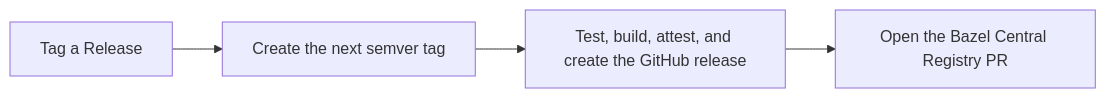
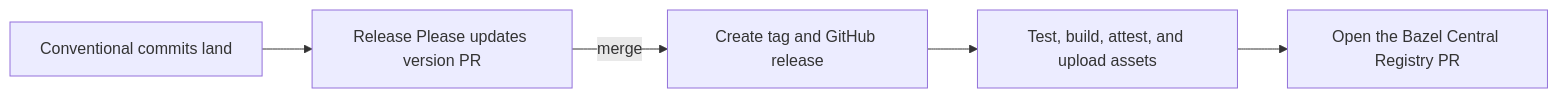
The diagram in docs/releasing.md (formatjs/rules_formatjs), drawn with Mermaid before and after one commit. The commit also changed other lines of this file and 8 other files, not shown here.

First line of the commit message:
feat: automate releases with Release Please (#92)

````diff
--- a/docs/releasing.md
+++ b/docs/releasing.md
@@ -6,6 +6,7 @@
 ```mermaid
 flowchart LR
-  tag["Tag a Release"] --> version["Create the next semver tag"]
-  version --> release["Test, build, attest, and create the GitHub release"]
+  commit["Conventional commits land"] --> pr["Release Please updates version PR"]
+  pr -->|merge| tag["Create tag and GitHub release"]
+  tag --> release["Test, build, attest, and upload assets"]
   release --> bcr["Open the Bazel Central Registry PR"]
 ```
````
